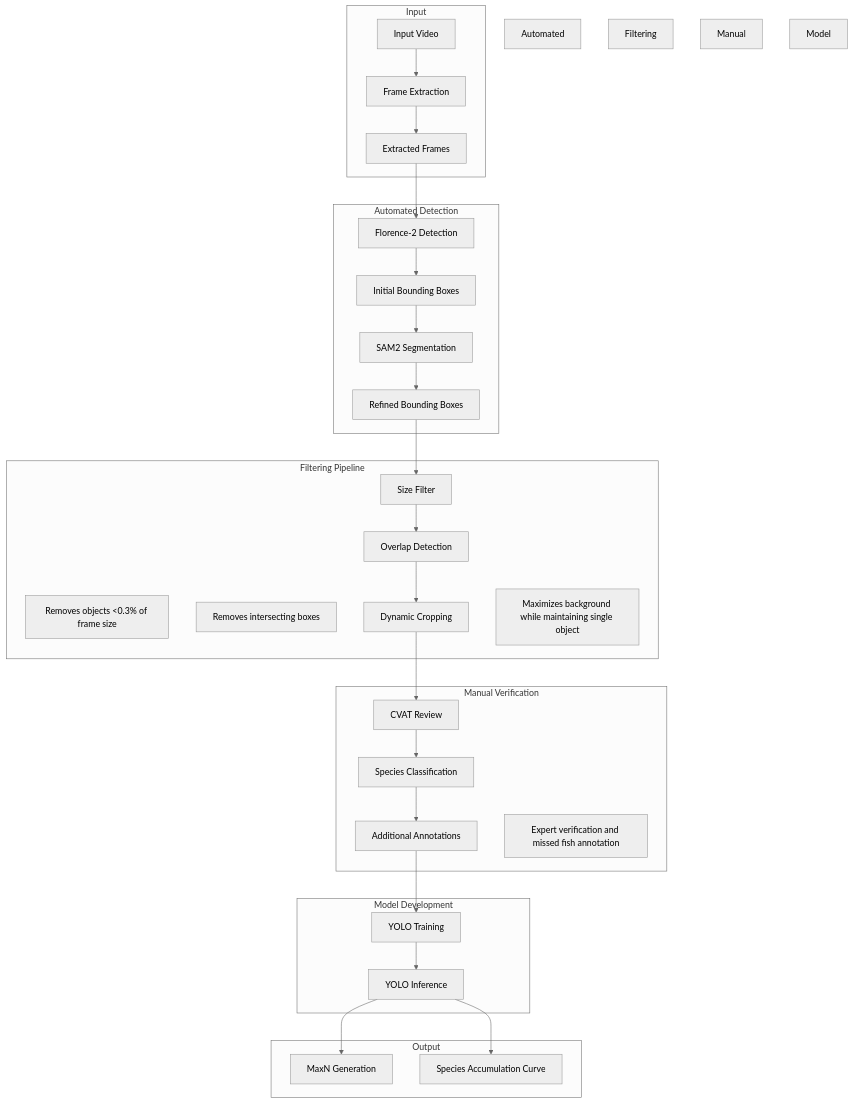
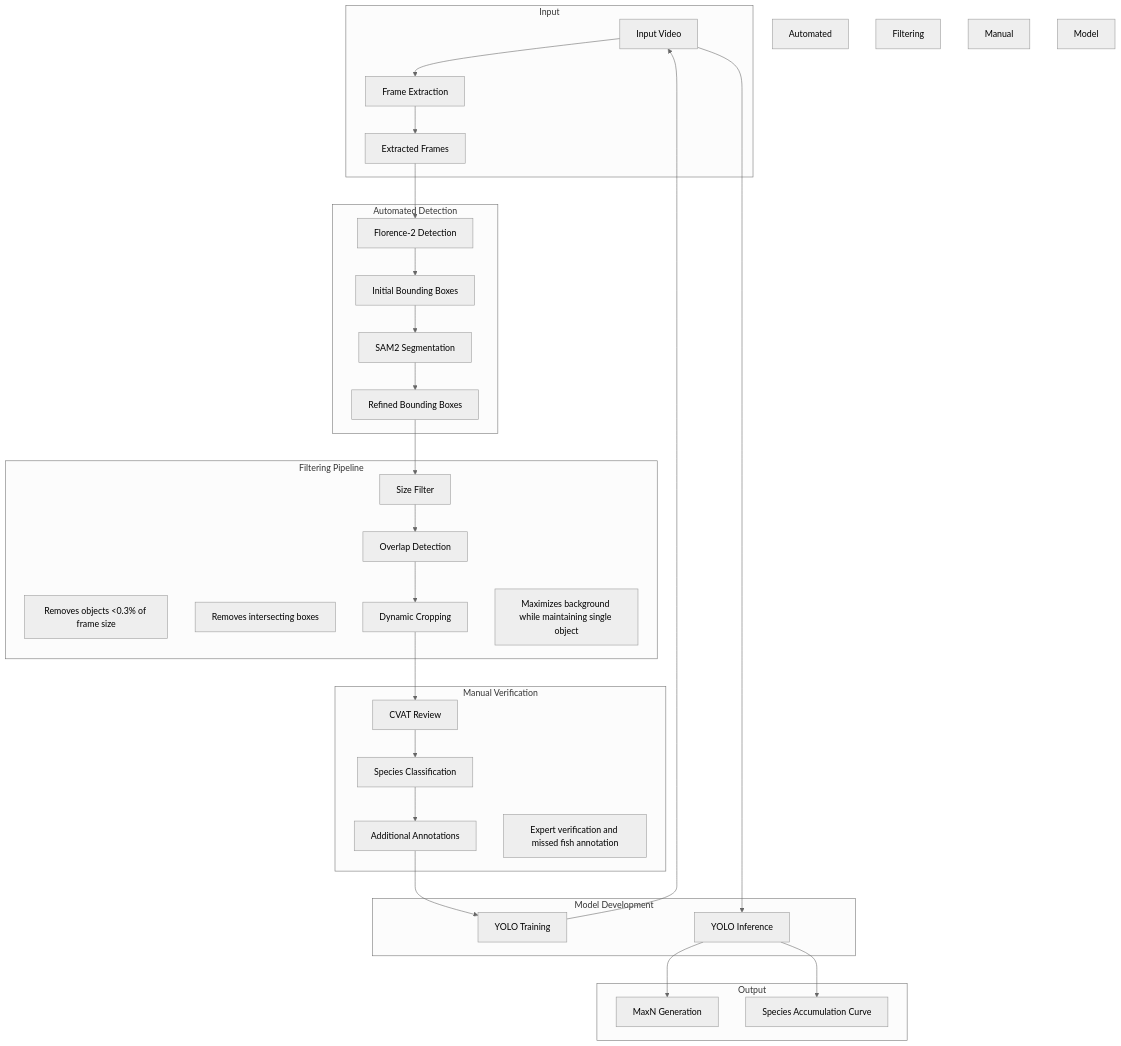
One commit to neez777/FishAnalytics changed the diagram in flowchart.mmd. Above: the diagram before and after it, drawn with Mermaid (neutral theme).

```diff
--- a/flowchart.mmd
+++ b/flowchart.mmd
@@ -1,43 +1,44 @@
 flowchart TB
     subgraph Input
         vid[Input Video] --> fe[Frame Extraction]
         fe --> frames[Extracted Frames]
     end
     
     subgraph Automated Detection
         frames --> f2[Florence-2 Detection]
         f2 --> f2bb[Initial Bounding Boxes]
         f2bb --> sam2[SAM2 Segmentation]
         sam2 --> sambb[Refined Bounding Boxes]
     end
     
     subgraph Filtering Pipeline
         sambb --> size[Size Filter]
         note1[Removes objects <0.3% of frame size]
         size --> overlap[Overlap Detection]
         note2[Removes intersecting boxes]
         overlap --> crop[Dynamic Cropping]
         note3[Maximizes background while maintaining single object]
     end
     
     subgraph Manual Verification
         crop --> cvat[CVAT Review]
         cvat --> speciesID[Species Classification]
         speciesID --> add[Additional Annotations]
         note4[Expert verification and missed fish annotation]
     end
     
     subgraph Model Development
         add --> train[YOLO Training]
-        train --> inf[YOLO Inference]
+        train --> vid
+        vid --> inf[YOLO Inference]
     end
     
     subgraph Output
         inf --> maxn[MaxN Generation]
         inf --> sac[Species Accumulation Curve]
     end
 
     style Automated Detection fill:#e6f3ff
     style Filtering Pipeline fill:#fff0e6
     style Manual Verification fill:#f0f9e8
     style Model Development fill:#f5e6ff
```
